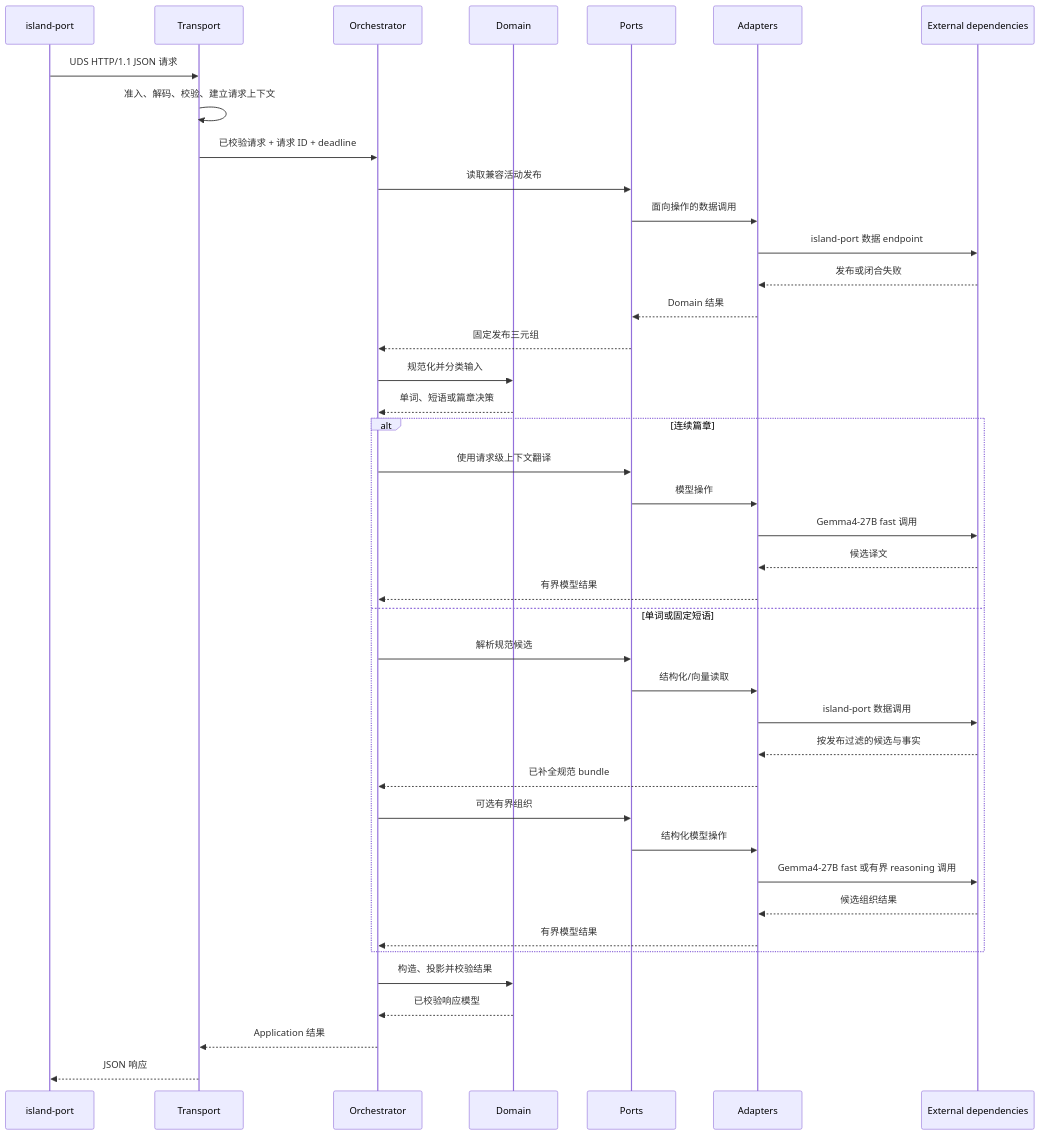
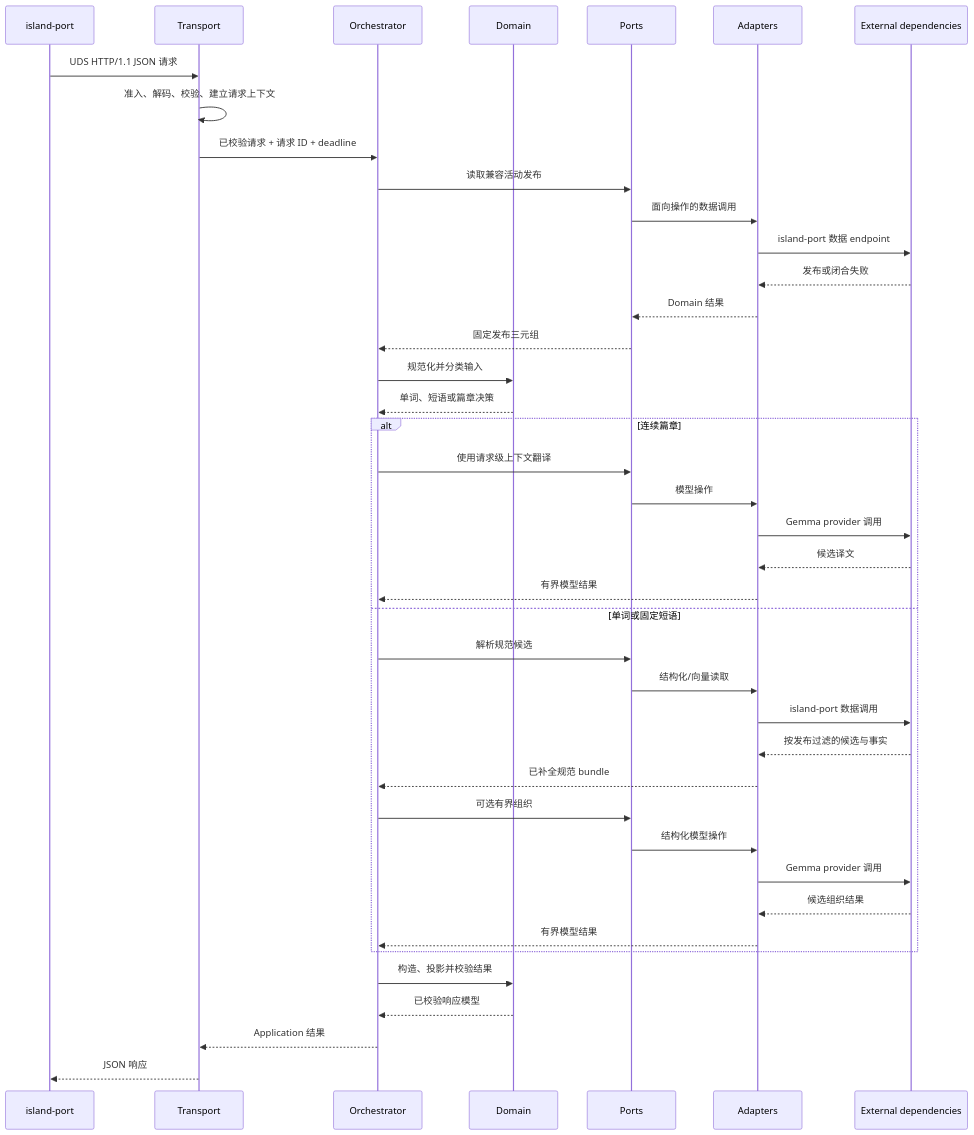
The diagram in docs_cn/reference/application/request-dataflow_cn.md (Ashex-x/Transnet), drawn with Mermaid before and after one commit. The commit also changed other lines of this file and 52 other files, not shown here.

```diff
--- a/docs_cn/reference/application/request-dataflow_cn.md
+++ b/docs_cn/reference/application/request-dataflow_cn.md
@@ -11,44 +11,44 @@
 ~~~mermaid
 sequenceDiagram
   participant IP as island-port
   participant T as Transport
   participant O as Orchestrator
   participant D as Domain
   participant P as Ports
   participant A as Adapters
   participant X as External dependencies
 
   IP->>T: UDS HTTP/1.1 JSON 请求
   T->>T: 准入、解码、校验、建立请求上下文
   T->>O: 已校验请求 + 请求 ID + deadline
   O->>P: 读取兼容活动发布
   P->>A: 面向操作的数据调用
   A->>X: island-port 数据 endpoint
   X-->>A: 发布或闭合失败
   A-->>P: Domain 结果
   P-->>O: 固定发布三元组
   O->>D: 规范化并分类输入
   D-->>O: 单词、短语或篇章决策
   alt 连续篇章
     O->>P: 使用请求级上下文翻译
     P->>A: 模型操作
-    A->>X: Gemma4-27B fast 调用
+    A->>X: Gemma provider 调用
     X-->>A: 候选译文
     A-->>O: 有界模型结果
   else 单词或固定短语
     O->>P: 解析规范候选
     P->>A: 结构化/向量读取
     A->>X: island-port 数据调用
     X-->>A: 按发布过滤的候选与事实
     A-->>O: 已补全规范 bundle
     O->>P: 可选有界组织
     P->>A: 结构化模型操作
-    A->>X: Gemma4-27B fast 或有界 reasoning 调用
+    A->>X: Gemma provider 调用
     X-->>A: 候选组织结果
     A-->>O: 有界模型结果
   end
   O->>D: 构造、投影并校验结果
   D-->>O: 已校验响应模型
   O-->>T: Application 结果
   T-->>IP: JSON 响应
 ~~~
```
